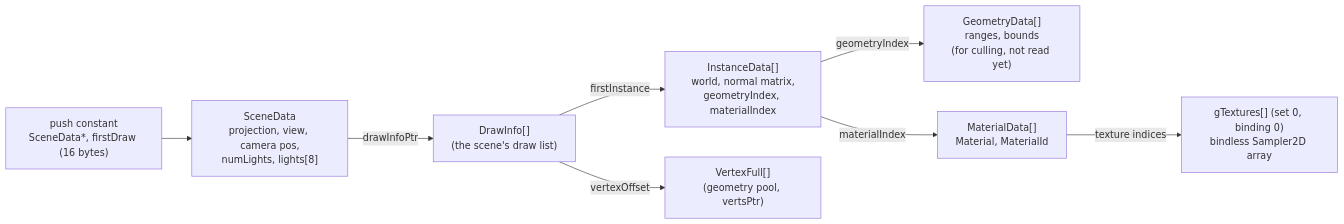
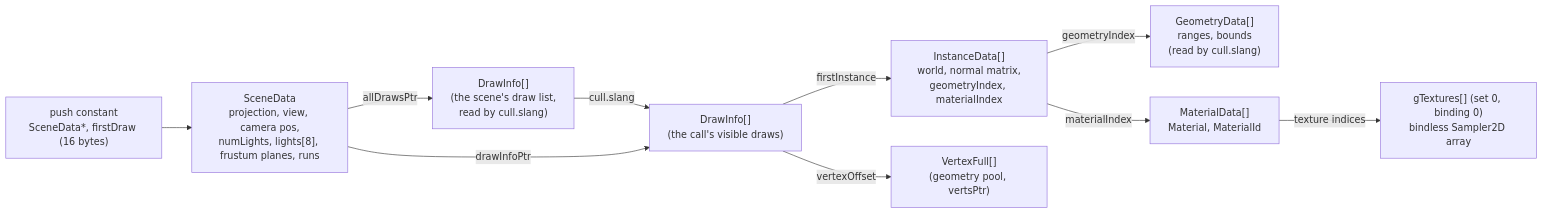
Before and after one commit to adel-elmala/rasm: the third of 3 diagrams in docs/architecture.md, drawn with Mermaid. The commit also changed other lines of this file and 22 other files, not shown here.

First line of the commit message:
feat: compute frustum culling (#35)

````diff
--- a/docs/architecture.md
+++ b/docs/architecture.md
@@ -159,10 +169,12 @@
 ```mermaid
 flowchart LR
-    PC["push constant<br/>SceneData*, firstDraw (16 bytes)"] --> SD["SceneData<br/>projection, view, camera pos,<br/>numLights, lights[8]"]
-    SD -- drawInfoPtr --> DI["DrawInfo[]<br/>(the scene's draw list)"]
+    PC["push constant<br/>SceneData*, firstDraw (16 bytes)"] --> SD["SceneData<br/>projection, view, camera pos,<br/>numLights, lights[8], frustum planes, runs"]
+    SD -- allDrawsPtr --> AD["DrawInfo[]<br/>(the scene's draw list,<br/>read by cull.slang)"]
+    AD -- cull.slang --> DI
+    SD -- drawInfoPtr --> DI["DrawInfo[]<br/>(the call's visible draws)"]
     DI -- firstInstance --> ID["InstanceData[]<br/>world, normal matrix,<br/>geometryIndex, materialIndex"]
     DI -- vertexOffset --> V["VertexFull[]<br/>(geometry pool, vertsPtr)"]
-    ID -- geometryIndex --> GD["GeometryData[]<br/>ranges, bounds<br/>(for culling, not read yet)"]
+    ID -- geometryIndex --> GD["GeometryData[]<br/>ranges, bounds<br/>(read by cull.slang)"]
     ID -- materialIndex --> MD["MaterialData[]<br/>Material, MaterialId"]
     MD -- texture indices --> T["gTextures[] (set 0, binding 0)<br/>bindless Sampler2D array"]
 ```
````
